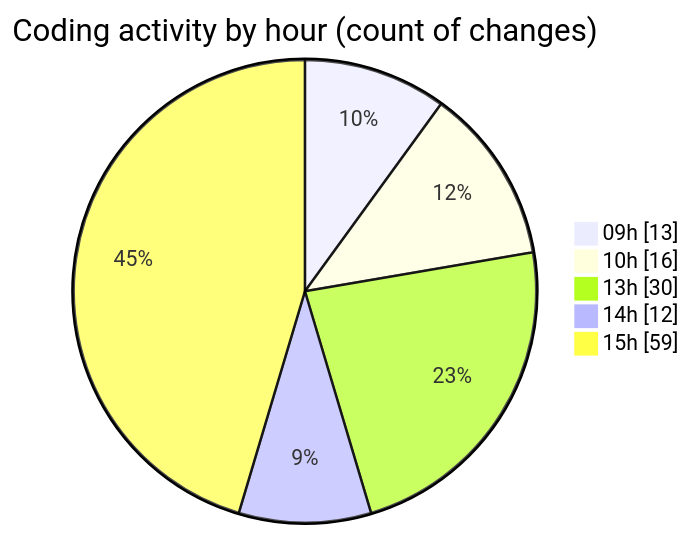
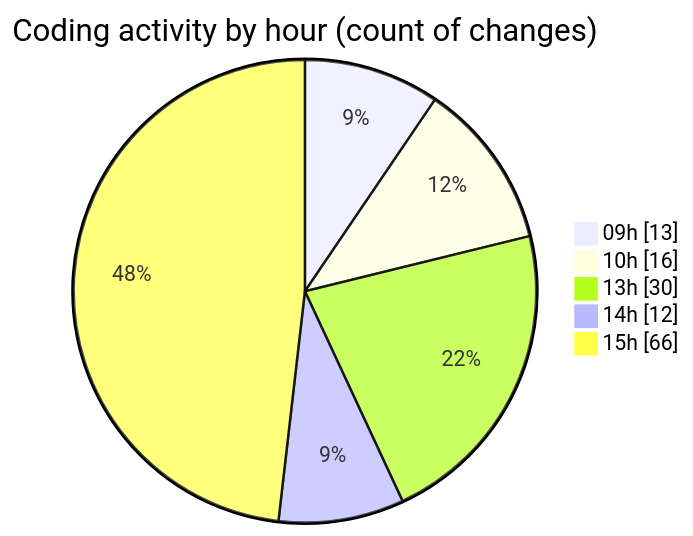
One commit to momahboobian/code-tracking changed the second of 2 diagrams in 2025-03-31/cda/README.md. Above: the diagram before and after it, drawn with Mermaid. The commit also changed other lines of this file and 1 other file, not shown here.

````diff
--- a/2025-03-31/cda/README.md
+++ b/2025-03-31/cda/README.md
@@ -40,9 +40,9 @@
 ```mermaid
 pie showData
 title Coding activity by hour (count of changes)
 "09h" : 13
 "10h" : 16
 "13h" : 30
 "14h" : 12
-"15h" : 59
+"15h" : 66
 ```
````
